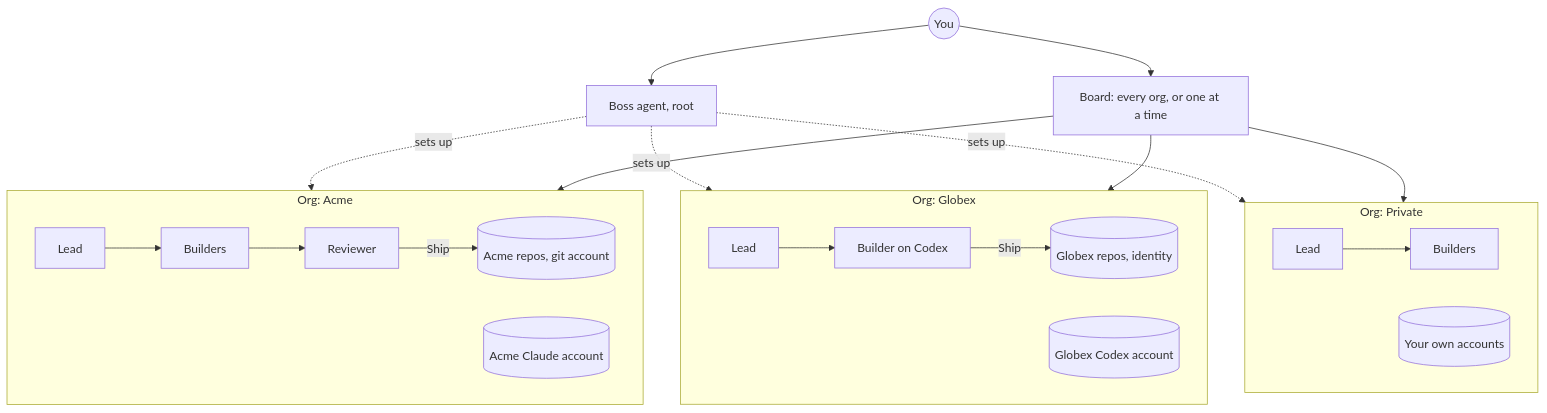
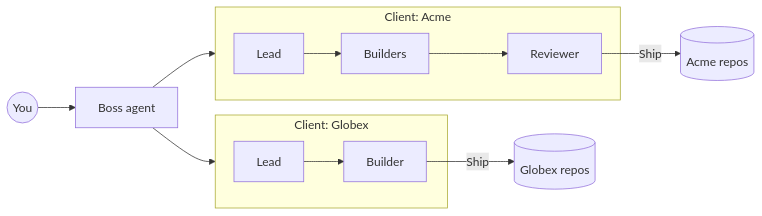
One commit to ashik112/majhi changed the diagram in README.md. Above: the diagram before and after it, drawn with Mermaid. The commit also changed other lines of this file and 2 other files, not shown here.

````diff
--- a/README.md
+++ b/README.md
@@ -149,28 +87,13 @@
 ```mermaid
-flowchart TB
-  you((You)) --> boss[Boss agent, root]
-  you --> board[Board: every org, or one at a time]
-  boss -. sets up .-> acme & globex & priv
-
-  subgraph acme [Org: Acme]
-    direction LR
-    a_lead[Lead] --> a_b[Builders] --> a_r[Reviewer]
-    a_acc[(Acme Claude account)]
-    a_git[(Acme repos, git account)]
+flowchart LR
+  you((You)) --> boss[Boss agent]
+  boss --> acme & globex
+  subgraph acme [Client: Acme]
+    a1[Lead] --> a2[Builders] --> a3[Reviewer]
   end
-  subgraph globex [Org: Globex]
-    direction LR
-    g_lead[Lead] --> g_b[Builder on Codex]
-    g_acc[(Globex Codex account)]
-    g_git[(Globex repos, identity)]
+  subgraph globex [Client: Globex]
+    g1[Lead] --> g2[Builder]
   end
-  subgraph priv [Org: Private]
-    direction LR
-    p_lead[Lead] --> p_b[Builders]
-    p_acc[(Your own accounts)]
-  end
-
-  board --> acme & globex & priv
-  a_r -->|Ship| a_git
-  g_b -->|Ship| g_git
+  a3 -->|Ship| arepo[(Acme repos)]
+  g2 -->|Ship| grepo[(Globex repos)]
 ```
````
